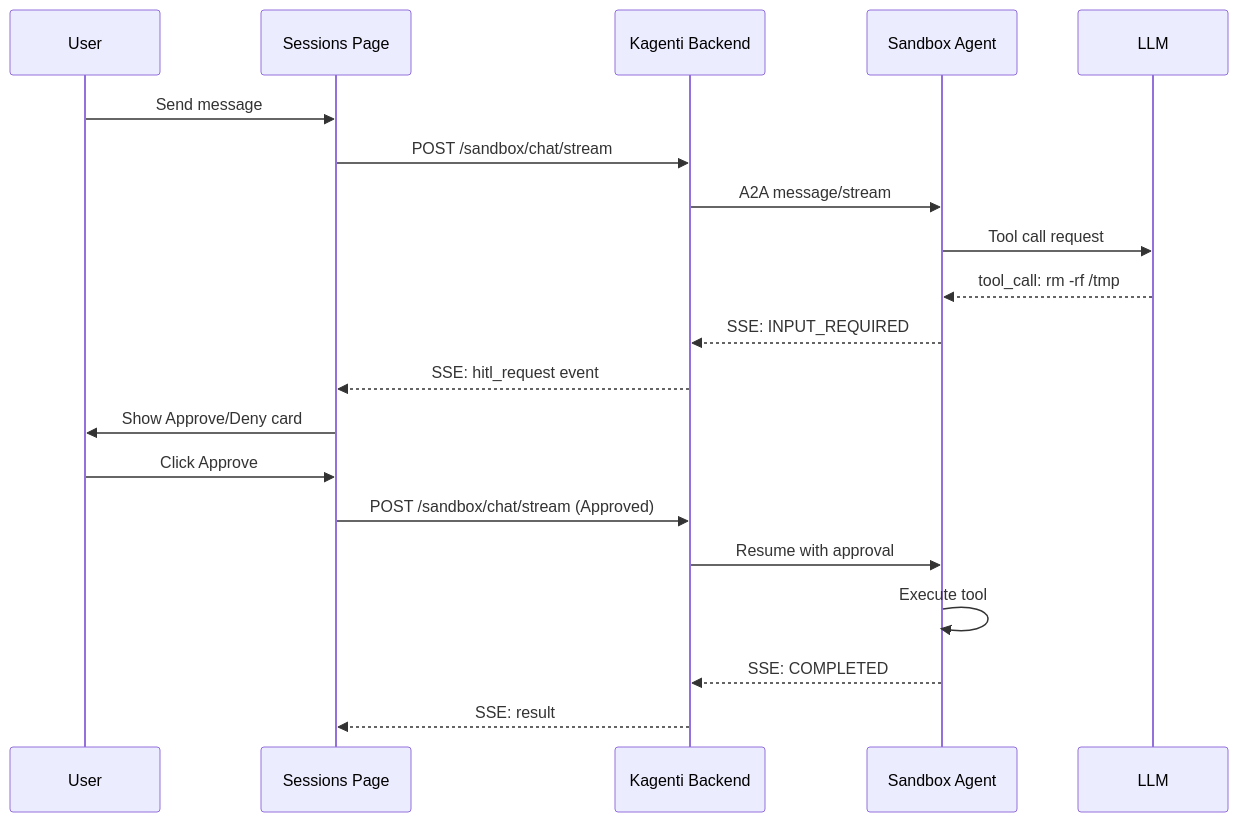
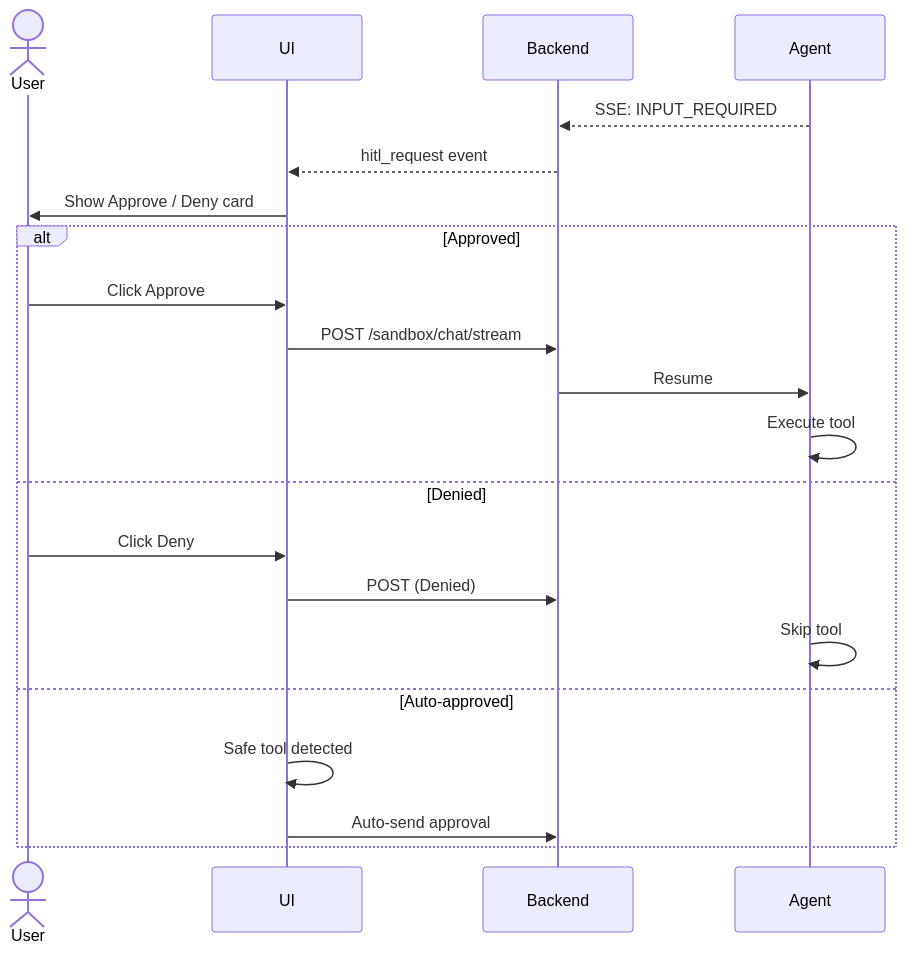
The fifth of 11 diagrams in docs/plans/2026-03-01-sandbox-platform-design.md (kagenti/kagenti), drawn with Mermaid before and after one commit. The commit also changed other lines of this file, not shown here.

First line of the commit message:
docs: rewrite design doc with clean separated C4 diagrams

````diff
--- a/docs/plans/2026-03-01-sandbox-platform-design.md
+++ b/docs/plans/2026-03-01-sandbox-platform-design.md
@@ -104,23 +122,25 @@
 ```mermaid
 sequenceDiagram
-    participant User
-    participant UI as Sessions Page
-    participant Backend as Kagenti Backend
-    participant Agent as Sandbox Agent
-    participant LLM
+    actor User
+    participant UI
+    participant Backend
+    participant Agent
 
-    User->>UI: Send message
-    UI->>Backend: POST /sandbox/chat/stream
-    Backend->>Agent: A2A message/stream
-    Agent->>LLM: Tool call request
-    LLM-->>Agent: tool_call: rm -rf /tmp
     Agent-->>Backend: SSE: INPUT_REQUIRED
-    Backend-->>UI: SSE: hitl_request event
-    UI->>User: Show Approve/Deny card
-    User->>UI: Click Approve
-    UI->>Backend: POST /sandbox/chat/stream (Approved)
-    Backend->>Agent: Resume with approval
-    Agent->>Agent: Execute tool
-    Agent-->>Backend: SSE: COMPLETED
-    Backend-->>UI: SSE: result
+    Backend-->>UI: hitl_request event
+    UI->>User: Show Approve / Deny card
+
+    alt Approved
+        User->>UI: Click Approve
+        UI->>Backend: POST /sandbox/chat/stream
+        Backend->>Agent: Resume
+        Agent->>Agent: Execute tool
+    else Denied
+        User->>UI: Click Deny
+        UI->>Backend: POST (Denied)
+        Agent->>Agent: Skip tool
+    else Auto-approved
+        UI->>UI: Safe tool detected
+        UI->>Backend: Auto-send approval
+    end
 ```
````
